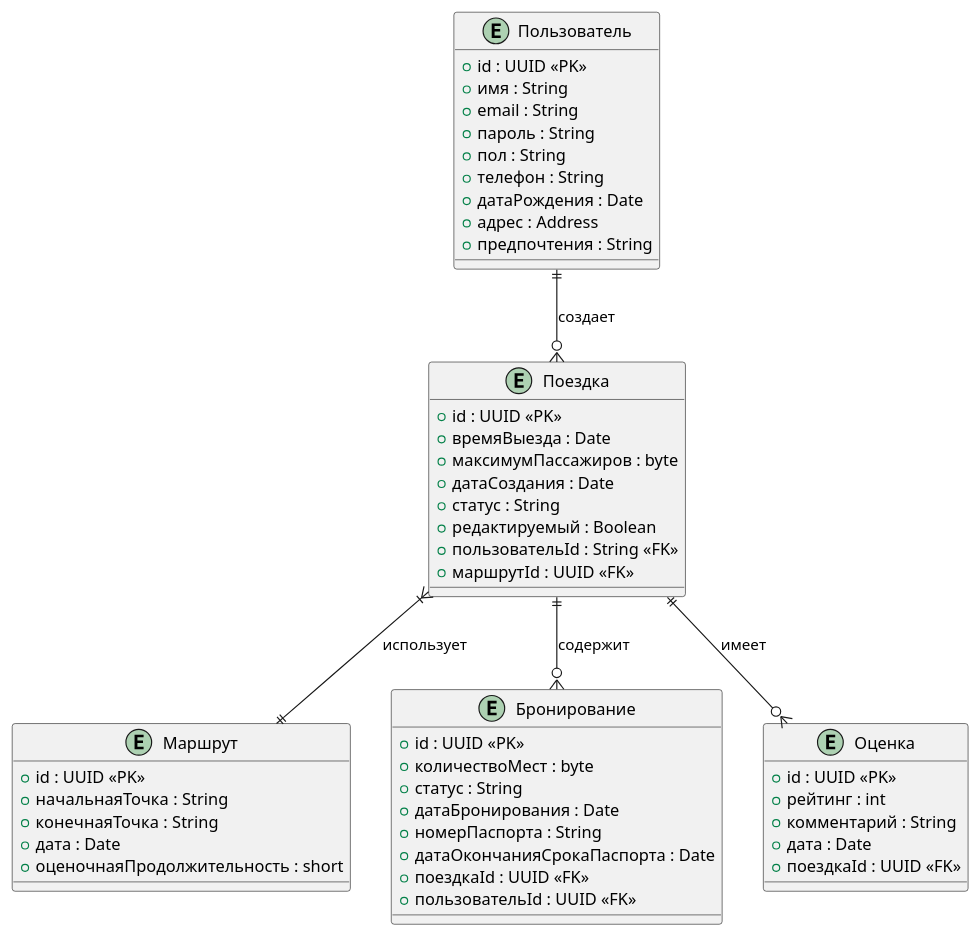
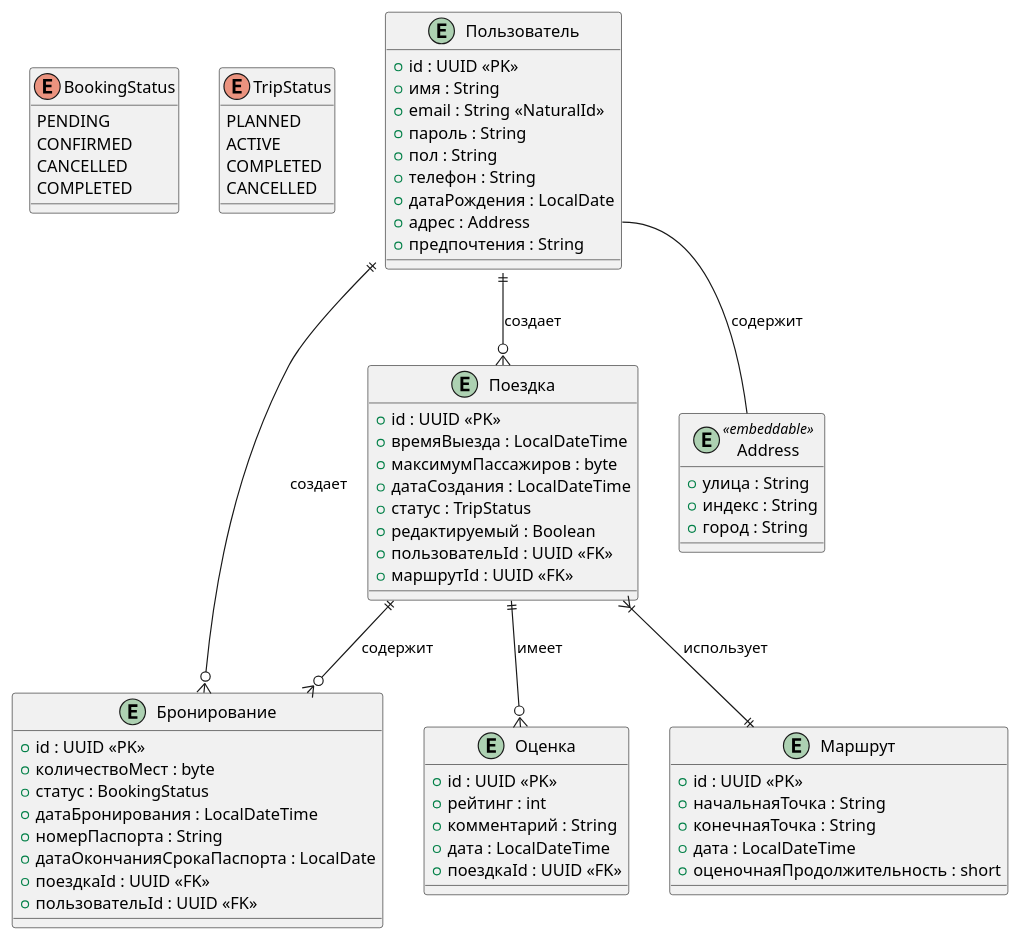
The diagram in UML/DataBase.puml (BUka228/CarPooling), drawn with PlantUML before and after one commit. The commit also changed 73 other files, not shown here.

```diff
--- a/UML/DataBase.puml
+++ b/UML/DataBase.puml
@@ -1,57 +1,86 @@
 @startuml
+' Определение Enum (не отображаются как таблицы, но полезны для типов)
+enum BookingStatus {
+  PENDING
+  CONFIRMED
+  CANCELLED
+  COMPLETED
+}
+
+enum TripStatus {
+  PLANNED
+  ACTIVE
+  COMPLETED
+  CANCELLED
+}
+
 entity Пользователь {
-    +id : UUID <<PK>>
-    +имя : String
-    +email : String
-    +пароль : String
-    +пол : String
-    +телефон : String
-    +датаРождения : Date
-    +адрес : Address
-    +предпочтения : String
+  +id : UUID <<PK>>
+  +имя : String
+  +email : String <<NaturalId>>
+  +пароль : String
+  +пол : String
+  +телефон : String
+  +датаРождения : LocalDate
+  +адрес : Address
+  +предпочтения : String
+  ' version : Long  -- Убрано
 }
 
 entity Поездка {
-    +id : UUID <<PK>>
-    +времяВыезда : Date
-    +максимумПассажиров : byte
-    +датаСоздания : Date
-    +статус : String
-    +редактируемый : Boolean
-    +пользовательId : String <<FK>>
-    +маршрутId : UUID <<FK>>
+  +id : UUID <<PK>>
+  +времяВыезда : LocalDateTime
+  +максимумПассажиров : byte
+  +датаСоздания : LocalDateTime
+  +статус : TripStatus
+  +редактируемый : Boolean
+  +пользовательId : UUID <<FK>>
+  +маршрутId : UUID <<FK>>
+  ' version : Long -- Убрано
 }
 
 entity Маршрут {
-    +id : UUID <<PK>>
-    +начальнаяТочка : String
-    +конечнаяТочка : String
-    +дата : Date
-    +оценочнаяПродолжительность : short
+  +id : UUID <<PK>>
+  +начальнаяТочка : String
+  +конечнаяТочка : String
+  +дата : LocalDateTime
+  +оценочнаяПродолжительность : short
+  ' version : Long -- Убрано
 }
 
 entity Бронирование {
-    +id : UUID <<PK>>
-    +количествоМест : byte
-    +статус : String
-    +датаБронирования : Date
-    +номерПаспорта : String
-    +датаОкончанияСрокаПаспорта : Date
-    +поездкаId : UUID <<FK>>
-    +пользовательId : UUID <<FK>>
+  +id : UUID <<PK>>
+  +количествоМест : byte
+  +статус : BookingStatus
+  +датаБронирования : LocalDateTime
+  +номерПаспорта : String
+  +датаОкончанияСрокаПаспорта : LocalDate
+  +поездкаId : UUID <<FK>>
+  +пользовательId : UUID <<FK>>
+  ' version : Long -- Убрано
 }
 
 entity Оценка {
-    +id : UUID <<PK>>
-    +рейтинг : int
-    +комментарий : String
-    +дата : Date
-    +поездкаId : UUID <<FK>>
+  +id : UUID <<PK>>
+  +рейтинг : int
+  +комментарий : String
+  +дата : LocalDateTime
+  +поездкаId : UUID <<FK>>
+  ' version : Long -- Убрано
+}
+
+' Определение встраиваемого типа Address (не отдельная таблица)
+entity Address <<embeddable>> {
+    +улица : String
+    +индекс : String
+    +город : String
 }
 
 Пользователь ||--o{ Поездка : создает
 Поездка ||--o{ Бронирование : содержит
 Поездка ||--o{ Оценка : имеет
 Поездка }|--|| Маршрут : использует
+Пользователь ||--o{ Бронирование : создает
+Пользователь::адрес -- Address : содержит
 
 @enduml
```
